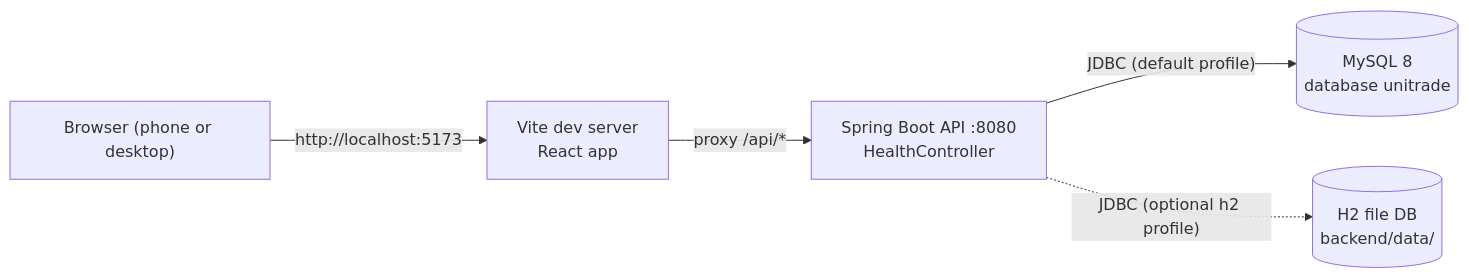
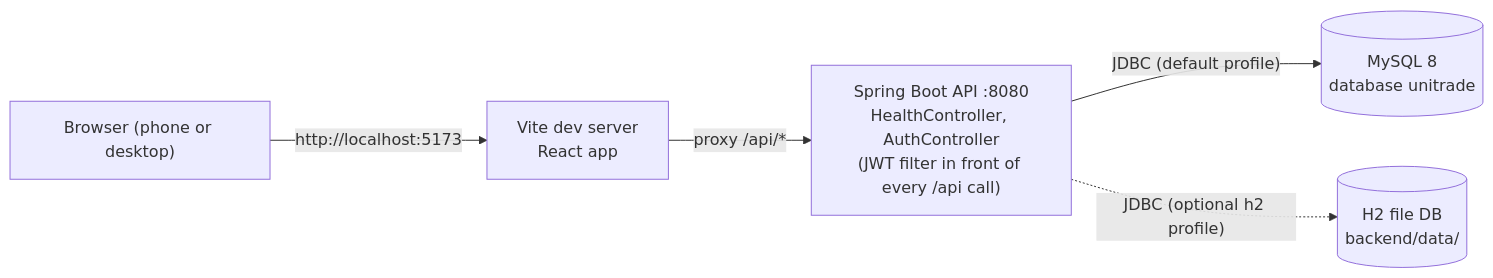
One commit to HumphreyMahlangu/UniTrade changed the first of 3 diagrams in docs/EVIDENCE.md. Above: the diagram before and after it, drawn with Mermaid. The commit also changed other lines of this file and 39 other files, not shown here.

````diff
--- a/docs/EVIDENCE.md
+++ b/docs/EVIDENCE.md
@@ -140,7 +169,7 @@
 ```mermaid
 flowchart LR
     Browser["Browser (phone or desktop)"] -->|"http://localhost:5173"| Vite["Vite dev server<br/>React app"]
-    Vite -->|"proxy /api/*"| API["Spring Boot API :8080<br/>HealthController"]
+    Vite -->|"proxy /api/*"| API["Spring Boot API :8080<br/>HealthController, AuthController<br/>(JWT filter in front of every /api call)"]
     API -->|"JDBC (default profile)"| MySQL[("MySQL 8<br/>database unitrade")]
     API -.->|"JDBC (optional h2 profile)"| H2[("H2 file DB<br/>backend/data/")]
 ```
````
